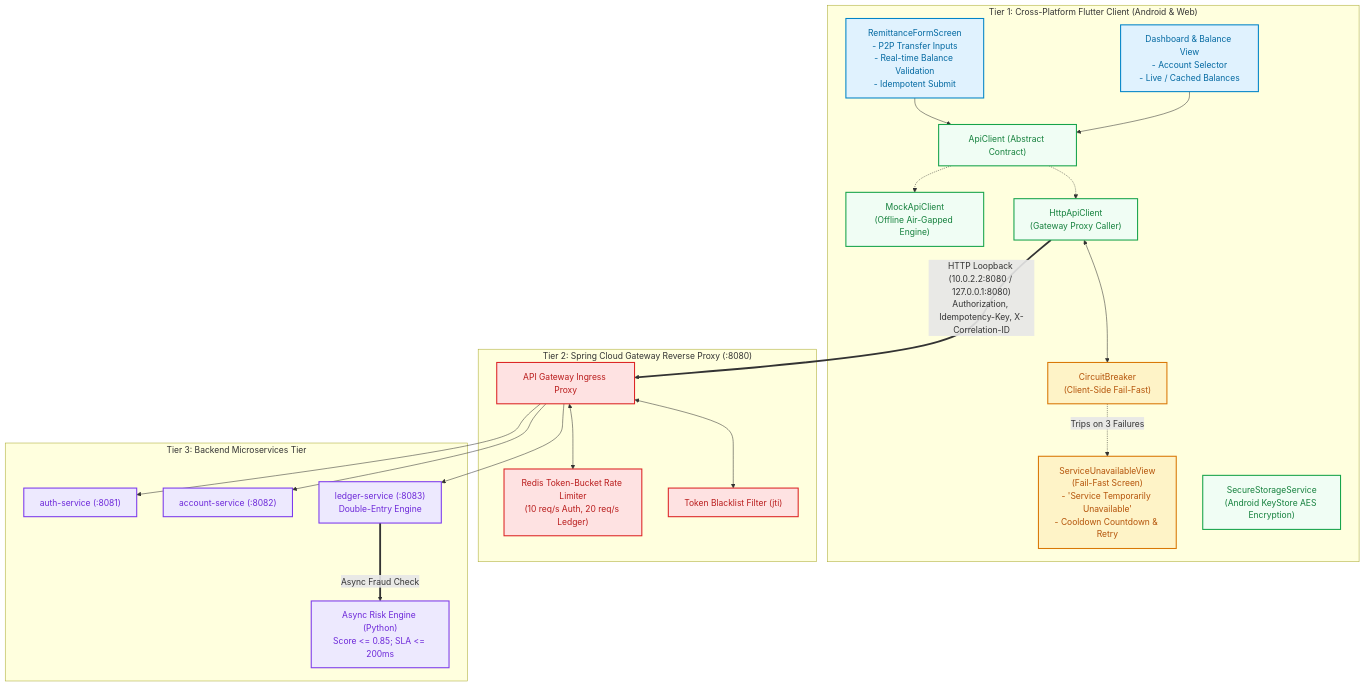
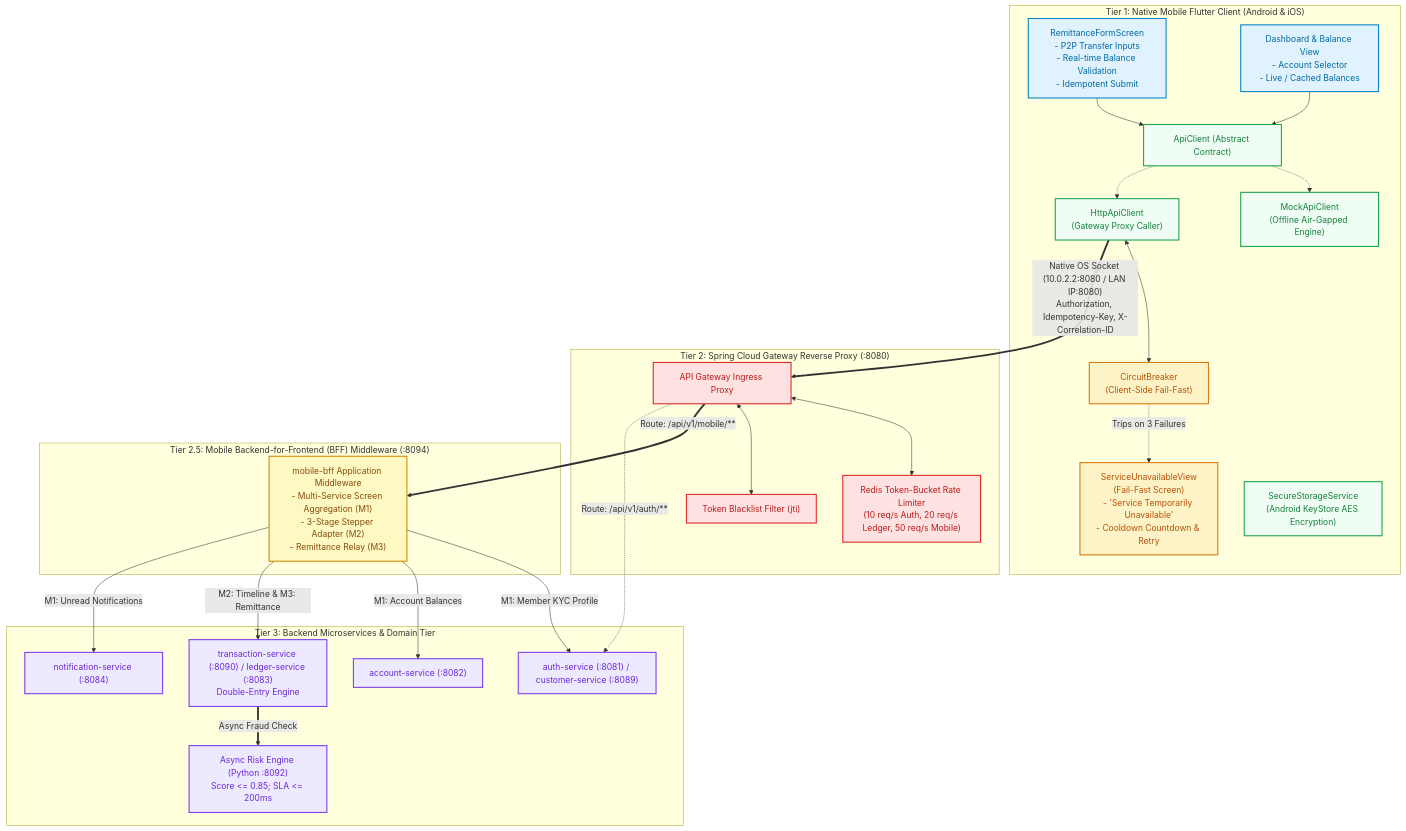
The diagram in docs/FLUTTER_FOUNDATION_ARCHITECTURE.md (Sole248k/CooBS), drawn with Mermaid before and after one commit. The commit also changed other lines of this file and 6 other files, not shown here.

````diff
--- a/docs/FLUTTER_FOUNDATION_ARCHITECTURE.md
+++ b/docs/FLUTTER_FOUNDATION_ARCHITECTURE.md
@@ -79,51 +80,62 @@
 ```mermaid
 flowchart TB
     classDef flutterUI fill:#e0f2fe,stroke:#0284c7,stroke-width:2px,color:#0369a1;
     classDef flutterLogic fill:#f0fdf4,stroke:#16a34a,stroke-width:2px,color:#15803d;
     classDef flutterResilience fill:#fef3c7,stroke:#d97706,stroke-width:2px,color:#b45309;
     classDef edgeGateway fill:#fee2e2,stroke:#dc2626,stroke-width:2px,color:#b91c1c;
+    classDef bffMiddleware fill:#fef9c3,stroke:#ca8a04,stroke-width:2px,color:#854d0e;
     classDef microservice fill:#ede9fe,stroke:#7c3aed,stroke-width:2px,color:#6d28d9;
     classDef datastore fill:#ffedd5,stroke:#ea580c,stroke-width:2px,color:#c2410c;
 
-    subgraph TIER_FLUTTER ["Tier 1: Cross-Platform Flutter Client (Android & Web)"]
+    subgraph TIER_FLUTTER ["Tier 1: Native Mobile Flutter Client (Android & iOS)"]
         UI_REMITTANCE["RemittanceFormScreen<br/>- P2P Transfer Inputs<br/>- Real-time Balance Validation<br/>- Idempotent Submit"]:::flutterUI
         UI_DASHBOARD["Dashboard & Balance View<br/>- Account Selector<br/>- Live / Cached Balances"]:::flutterUI
         UI_CIRCUIT["ServiceUnavailableView<br/>(Fail-Fast Screen)<br/>- 'Service Temporarily Unavailable'<br/>- Cooldown Countdown & Retry"]:::flutterResilience
 
         STORAGE_SECURE["SecureStorageService<br/>(Android KeyStore AES Encryption)"]:::flutterLogic
         API_INTERFACE["ApiClient (Abstract Contract)"]:::flutterLogic
         CLIENT_MOCK["MockApiClient<br/>(Offline Air-Gapped Engine)"]:::flutterLogic
         CLIENT_LIVE["HttpApiClient<br/>(Gateway Proxy Caller)"]:::flutterLogic
         CB["CircuitBreaker<br/>(Client-Side Fail-Fast)"]:::flutterResilience
     end
 
     subgraph TIER_GATEWAY ["Tier 2: Spring Cloud Gateway Reverse Proxy (:8080)"]
         GW["API Gateway Ingress Proxy"]:::edgeGateway
-        GW_RATELIMIT["Redis Token-Bucket Rate Limiter<br/>(10 req/s Auth, 20 req/s Ledger)"]:::edgeGateway
+        GW_RATELIMIT["Redis Token-Bucket Rate Limiter<br/>(10 req/s Auth, 20 req/s Ledger, 50 req/s Mobile)"]:::edgeGateway
         GW_AUTH["Token Blacklist Filter (jti)"]:::edgeGateway
     end
 
-    subgraph TIER_SERVICES ["Tier 3: Backend Microservices Tier"]
-        SRV_AUTH["auth-service (:8081)"]:::microservice
+    subgraph TIER_BFF ["Tier 2.5: Mobile Backend-for-Frontend (BFF) Middleware (:8094)"]
+        BFF["mobile-bff Application Middleware<br/>- Multi-Service Screen Aggregation (M1)<br/>- 3-Stage Stepper Adapter (M2)<br/>- Remittance Relay (M3)"]:::bffMiddleware
+    end
+
+    subgraph TIER_SERVICES ["Tier 3: Backend Microservices & Domain Tier"]
+        SRV_AUTH["auth-service (:8081) / customer-service (:8089)"]:::microservice
         SRV_ACCT["account-service (:8082)"]:::microservice
-        SRV_LEDGER["ledger-service (:8083)<br/>Double-Entry Engine"]:::microservice
-        SRV_RISK["Async Risk Engine (Python)<br/>Score &lt;= 0.85; SLA &lt;= 200ms"]:::microservice
+        SRV_TX["transaction-service (:8090) / ledger-service (:8083)<br/>Double-Entry Engine"]:::microservice
+        SRV_NOTIF["notification-service (:8084)"]:::microservice
+        SRV_RISK["Async Risk Engine (Python :8092)<br/>Score &lt;= 0.85; SLA &lt;= 200ms"]:::microservice
     end
 
     UI_REMITTANCE --> API_INTERFACE
     UI_DASHBOARD --> API_INTERFACE
     API_INTERFACE -.-> CLIENT_MOCK
     API_INTERFACE -.-> CLIENT_LIVE
 
     CLIENT_LIVE <--> CB
     CB -.->|"Trips on 3 Failures"| UI_CIRCUIT
-    CLIENT_LIVE ==>|"HTTP Loopback (10.0.2.2:8080 / 127.0.0.1:8080)<br/>Authorization, Idempotency-Key, X-Correlation-ID"| GW
+    CLIENT_LIVE ==>|"Native OS Socket (10.0.2.2:8080 / LAN IP:8080)<br/>Authorization, Idempotency-Key, X-Correlation-ID"| GW
 
     GW <--> GW_RATELIMIT
     GW <--> GW_AUTH
-    GW --> SRV_AUTH
-    GW --> SRV_ACCT
-    GW --> SRV_LEDGER
 
-    SRV_LEDGER ==>|"Async Fraud Check"| SRV_RISK
+    GW ==>|"Route: /api/v1/mobile/**"| BFF
+    GW -.->|"Route: /api/v1/auth/**"| SRV_AUTH
+
+    BFF -->|"M1: Member KYC Profile"| SRV_AUTH
+    BFF -->|"M1: Account Balances"| SRV_ACCT
+    BFF -->|"M2: Timeline & M3: Remittance"| SRV_TX
+    BFF -->|"M1: Unread Notifications"| SRV_NOTIF
+
+    SRV_TX ==>|"Async Fraud Check"| SRV_RISK
 ```
````
